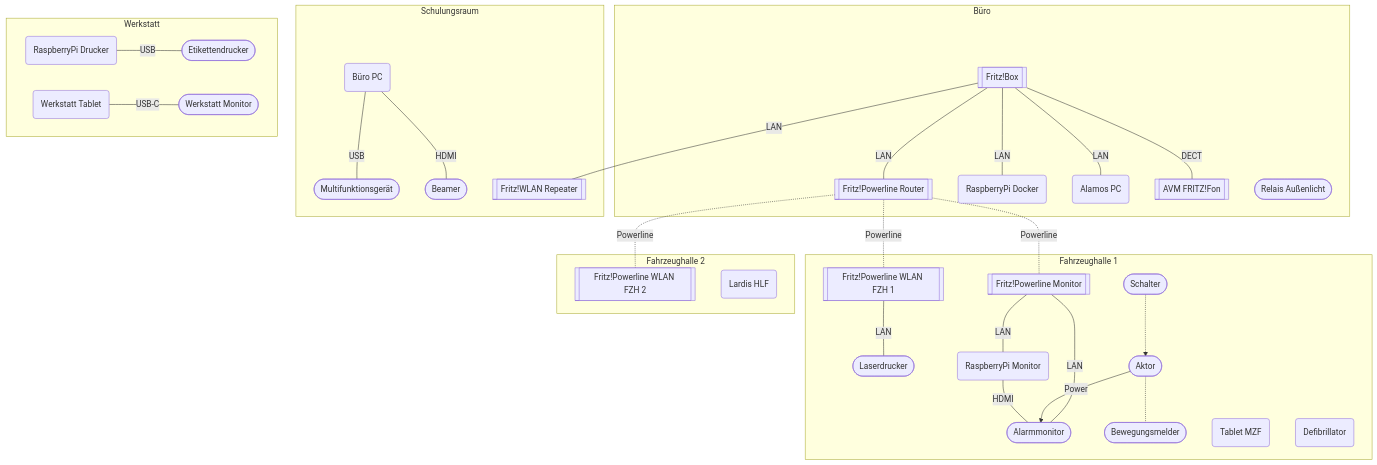
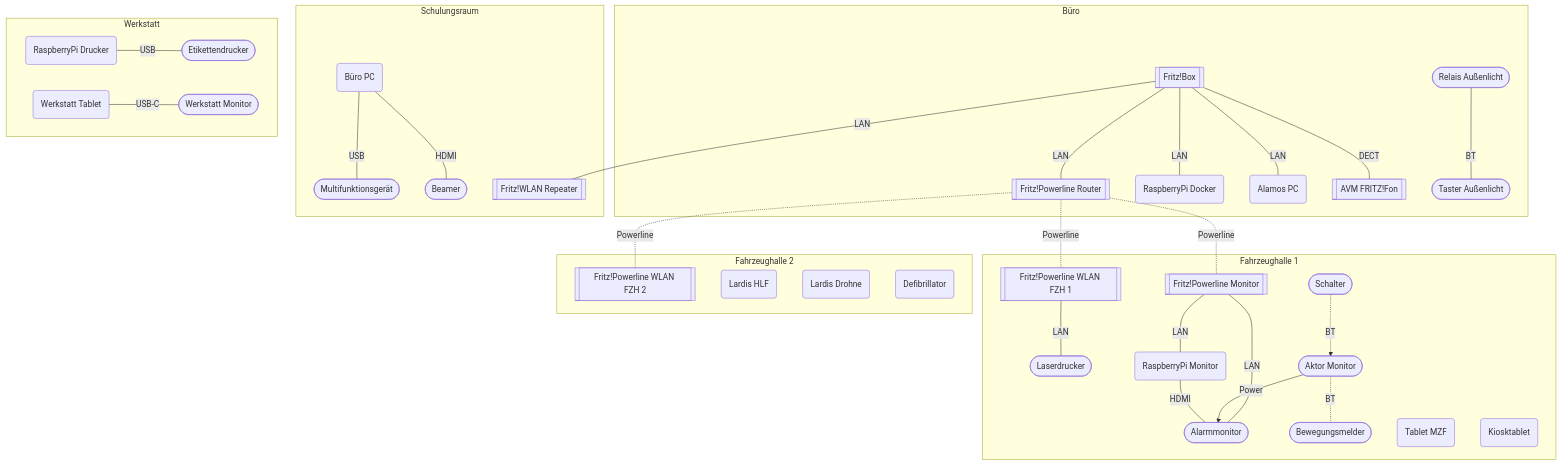
The diagram in docs/Dokumentation/Hardware/index.md (FFW-Baudenbach/FE2_Documentation), drawn with Mermaid before and after one commit. The commit also changed 4 other files, not shown here.

````diff
--- a/docs/Dokumentation/Hardware/index.md
+++ b/docs/Dokumentation/Hardware/index.md
@@ -12,71 +12,75 @@
 ```mermaid
 graph TD
 
     subgraph buero[Büro]
         router[[Fritz!Box]]
         pwl-rt[[Fritz!Powerline Router]]
         rpidoc(RaspberryPi Docker)
         fe2pc(Alamos PC)
         phone[[AVM FRITZ!Fon]]
         relais([Relais Außenlicht])
+        taster([Taster Außenlicht])
         
         router---|LAN|pwl-rt
         router---|LAN|rpidoc
         router---|LAN|fe2pc
         router---|DECT|phone
+        relais---|BT|taster
     end
     
     subgraph schulungsraum[Schulungsraum]
         bueropc(Büro PC)
         copier([Multifunktionsgerät])
         beamer([Beamer])
         wlanrep[[Fritz!WLAN Repeater]]
         router---|LAN|wlanrep
         
         bueropc---|USB|copier
         bueropc---|HDMI|beamer
     end
     
     subgraph werkstatt[Werkstatt]
         rpidrucker(RaspberryPi Drucker)
         werkstatttablet(Werkstatt Tablet)
         werkstattmonitor([Werkstatt Monitor])
         labelprinter([Etikettendrucker])
 
         rpidrucker---|USB|labelprinter
         werkstatttablet---|USB-C|werkstattmonitor
     end
     
     subgraph fzh1[Fahrzeughalle 1]
         pwl-fzh1[["Fritz!Powerline WLAN FZH&nbsp;1"]]
         pwl-mon[[Fritz!Powerline Monitor]]
         printer([Laserdrucker])
         alarmmonitor([Alarmmonitor])
-        actor([Aktor])
+        actor([Aktor Monitor])
         motion([Bewegungsmelder])
-        plug([Schalter])
+        switch([Schalter])
         rpimon(RaspberryPi Monitor)
         tabletmzf(Tablet MZF)
-        defi(Defibrillator)
+        kiosk(Kiosktablet)
 
         pwl-fzh1---|LAN|printer
         
         pwl-mon---|LAN|alarmmonitor
         pwl-mon---|LAN|rpimon
         
-        plug-.->actor--Power-->alarmmonitor
+        switch-.->|BT|actor--Power-->alarmmonitor
+        
         rpimon---|HDMI|alarmmonitor
-        actor-.-motion
-
+        actor-.-|BT|motion
     end
     
     subgraph fzh2[Fahrzeughalle 2]
         pwl-fzh2[["Fritz!Powerline WLAN FZH&nbsp;2"]]
         lardis-hlf(Lardis HLF)
+        lardis-drohne(Lardis Drohne)
+        defi(Defibrillator)
     end
     
     pwl-rt-.-|Powerline|pwl-mon
     pwl-rt-.-|Powerline|pwl-fzh1
     pwl-rt-.-|Powerline|pwl-fzh2
     
 ```
````
